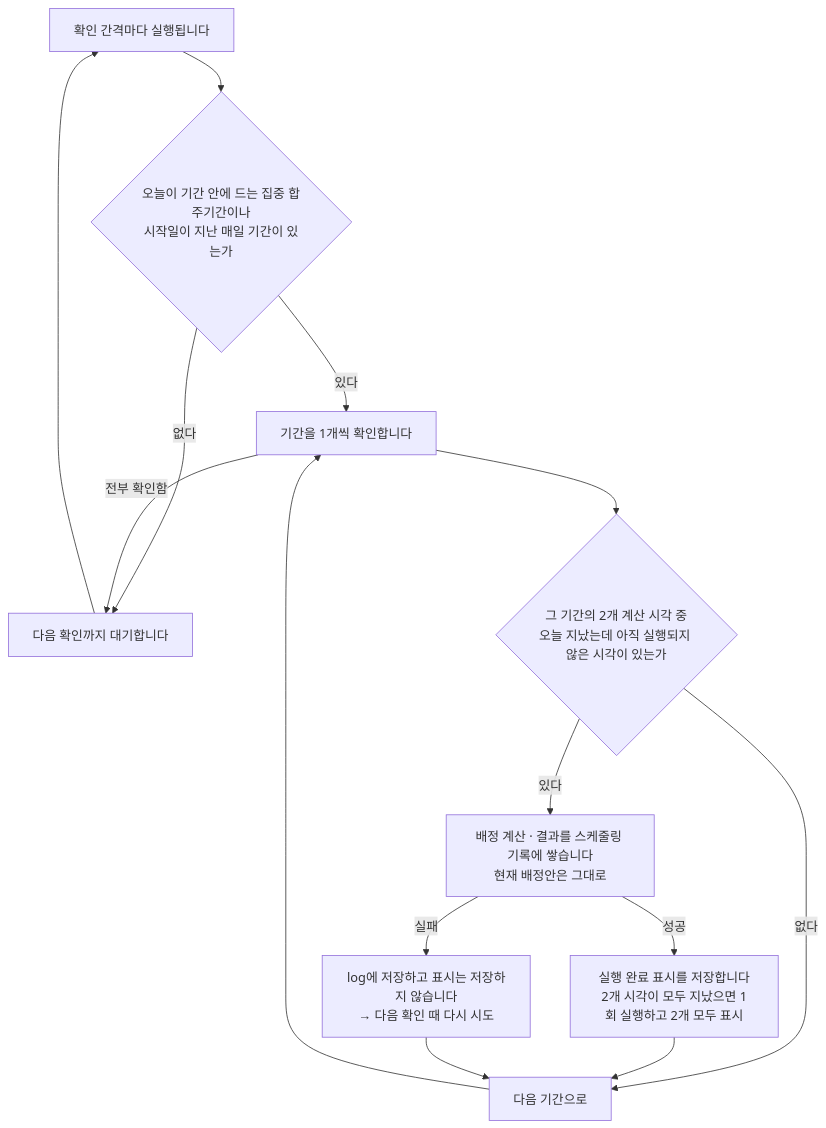
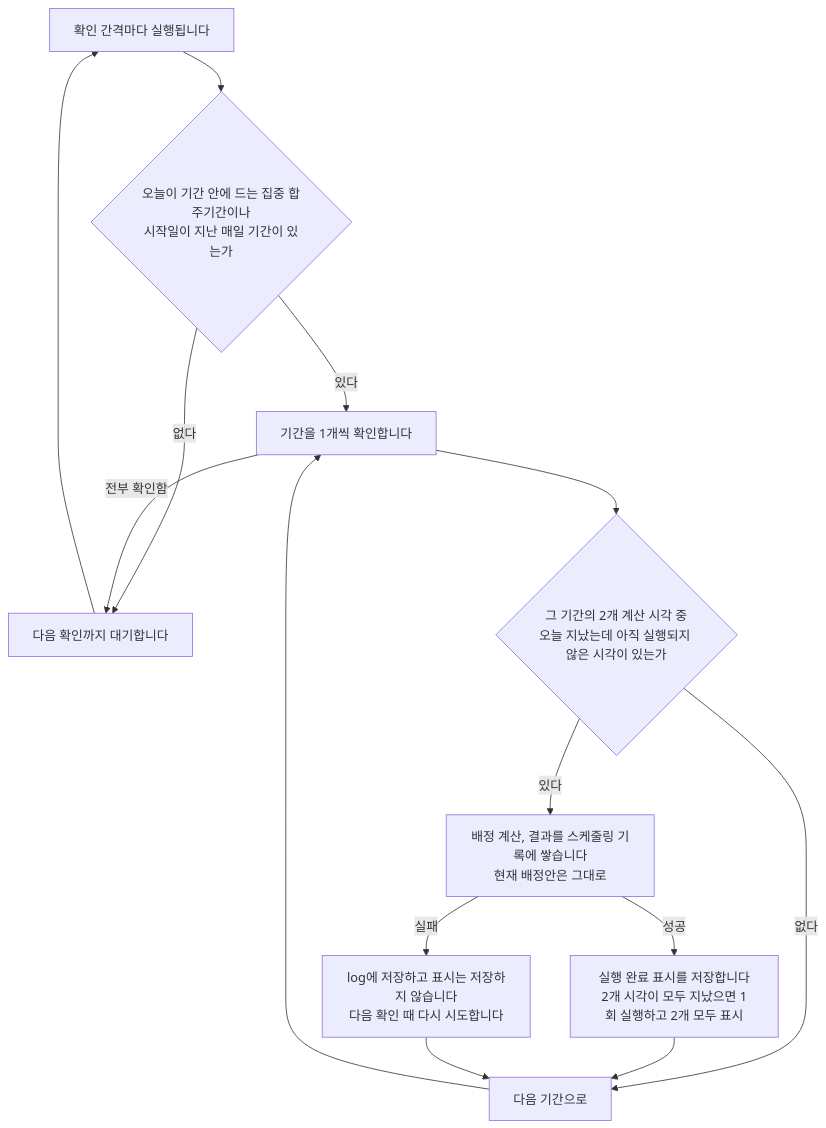
One commit to minkong-dev/Banblit changed the second of 3 diagrams in .cluedoc/auto-assignment/auto-assignment.md. Above: the diagram before and after it, drawn with Mermaid. The commit also changed other lines of this file and 21 other files, not shown here.

````diff
--- a/.cluedoc/auto-assignment/auto-assignment.md
+++ b/.cluedoc/auto-assignment/auto-assignment.md
@@ -188,16 +189,16 @@
 ```mermaid
 flowchart TD
     W[확인 간격마다 실행됩니다] --> P{오늘이 기간 안에 드는 집중 합주기간이나<br/>시작일이 지난 매일 기간이 있는가}
     P -->|없다| S[다음 확인까지 대기합니다]
     P -->|있다| L[기간을 1개씩 확인합니다]
     L --> D{그 기간의 2개 계산 시각 중<br/>오늘 지났는데 아직 실행되지 않은 시각이 있는가}
     D -->|없다| N[다음 기간으로]
-    D -->|있다| C[배정 계산 · 결과를 스케줄링 기록에 쌓습니다<br/>현재 배정안은 그대로]
+    D -->|있다| C[배정 계산, 결과를 스케줄링 기록에 쌓습니다<br/>현재 배정안은 그대로]
     C -->|성공| M[실행 완료 표시를 저장합니다<br/>2개 시각이 모두 지났으면 1회 실행하고 2개 모두 표시]
-    C -->|실패| E[log에 저장하고 표시는 저장하지 않습니다<br/>→ 다음 확인 때 다시 시도]
+    C -->|실패| E[log에 저장하고 표시는 저장하지 않습니다<br/>다음 확인 때 다시 시도합니다]
     M --> N
     E --> N
     N --> L
     L -->|전부 확인함| S
     S --> W
 ```
````
